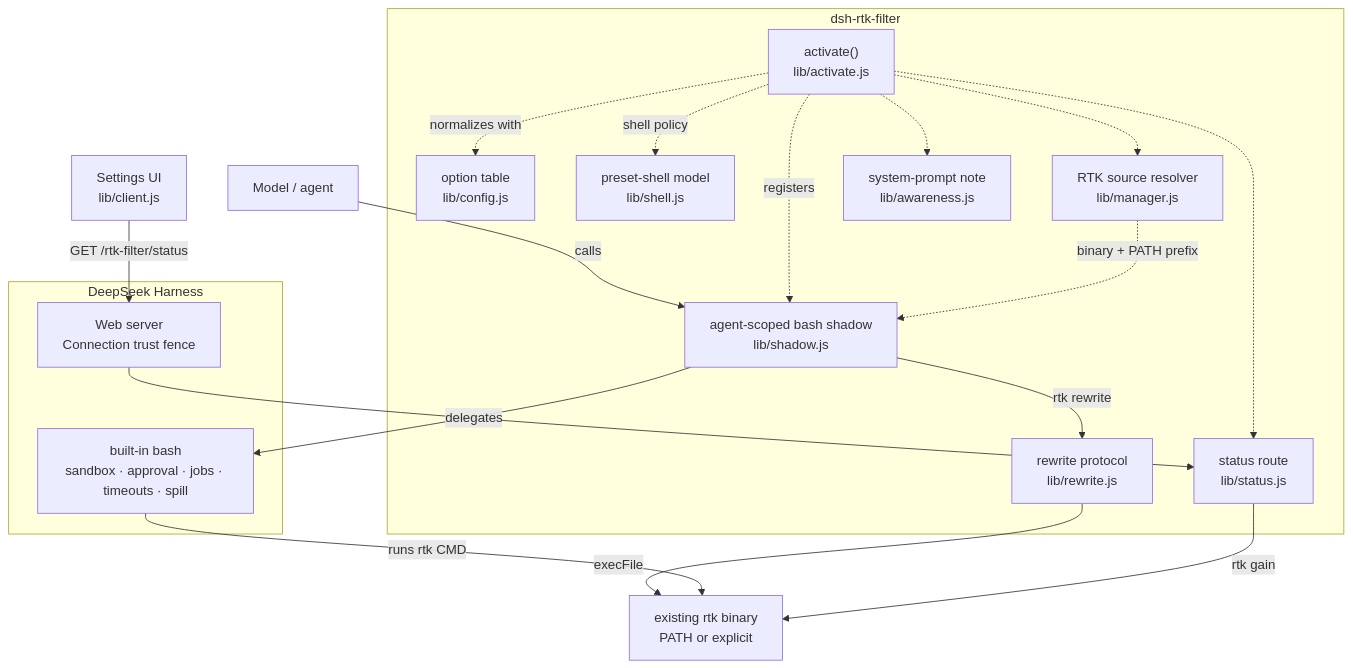
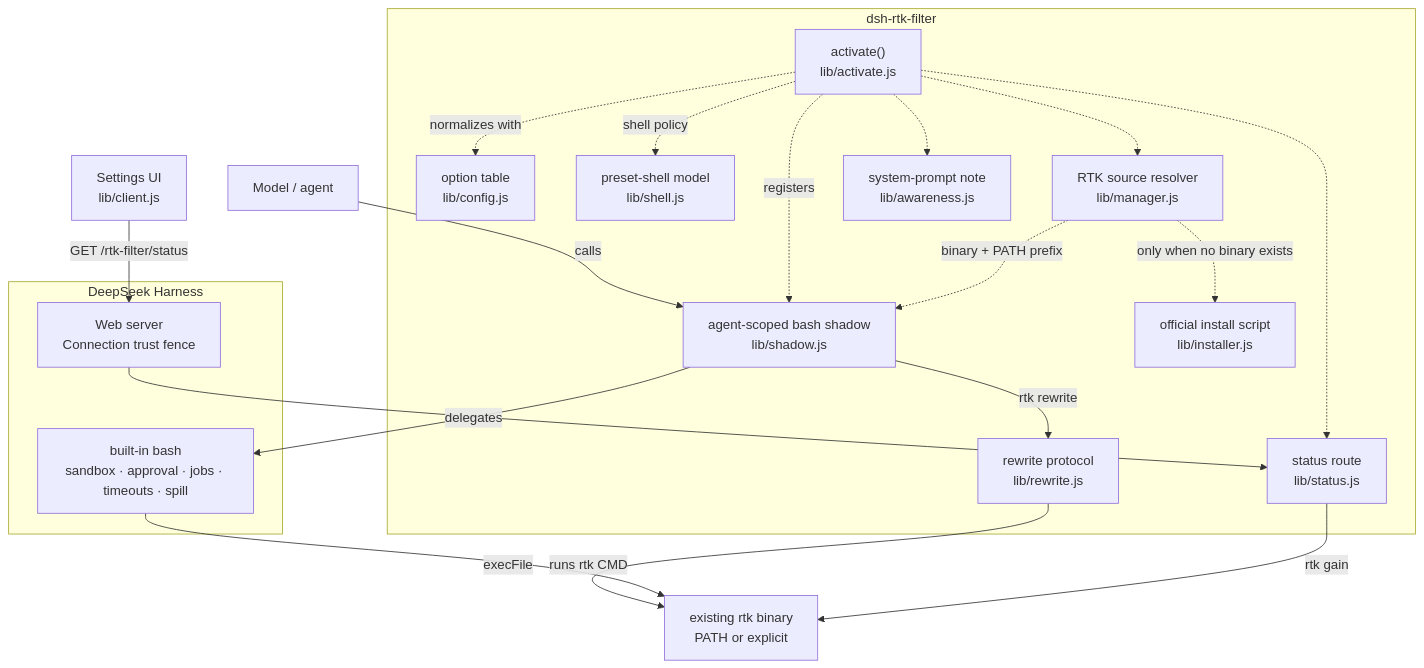
One commit to okamitimo233/dsh-rtk-filter changed the diagram in README.md. Above: the diagram before and after it, drawn with Mermaid. The commit also changed other lines of this file and 15 other files, not shown here.

Commit message:
feat: bootstrap RTK with the official installer

````diff
--- a/README.md
+++ b/README.md
@@ -51,37 +53,39 @@
 ```mermaid
 flowchart TB
     Model["Model / agent"]
 
     subgraph Plugin["dsh-rtk-filter"]
         Activate["activate()<br/>lib/activate.js"]
         Config["option table<br/>lib/config.js"]
         Shell["preset-shell model<br/>lib/shell.js"]
         Shadow["agent-scoped bash shadow<br/>lib/shadow.js"]
         Rewrite["rewrite protocol<br/>lib/rewrite.js"]
         Manager["RTK source resolver<br/>lib/manager.js"]
+        Installer["official install script<br/>lib/installer.js"]
         Prompt["system-prompt note<br/>lib/awareness.js"]
         Status["status route<br/>lib/status.js"]
     end
 
     subgraph Host["DeepSeek Harness"]
         Base["built-in bash<br/>sandbox · approval · jobs · timeouts · spill"]
         Web["Web server<br/>Connection trust fence"]
     end
 
     RTK["existing rtk binary<br/>PATH or explicit"]
     Browser["Settings UI<br/>lib/client.js"]
 
     Model -->|"calls"| Shadow
     Shadow -->|"rtk rewrite"| Rewrite -->|"execFile"| RTK
     Shadow -->|"delegates"| Base -->|"runs rtk CMD"| RTK
 
     Activate -.->|"registers"| Shadow
     Activate -.->|"shell policy"| Shell
     Activate -.->|"normalizes with"| Config
     Activate -.-> Prompt
     Activate -.-> Manager
     Activate -.-> Status
     Manager -.->|"binary + PATH prefix"| Shadow
+    Manager -.->|"only when no binary exists"| Installer
 
     Browser -->|"GET /rtk-filter/status"| Web --> Status -->|"rtk gain"| RTK
 ```
````
